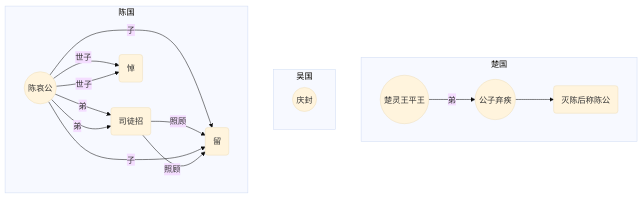
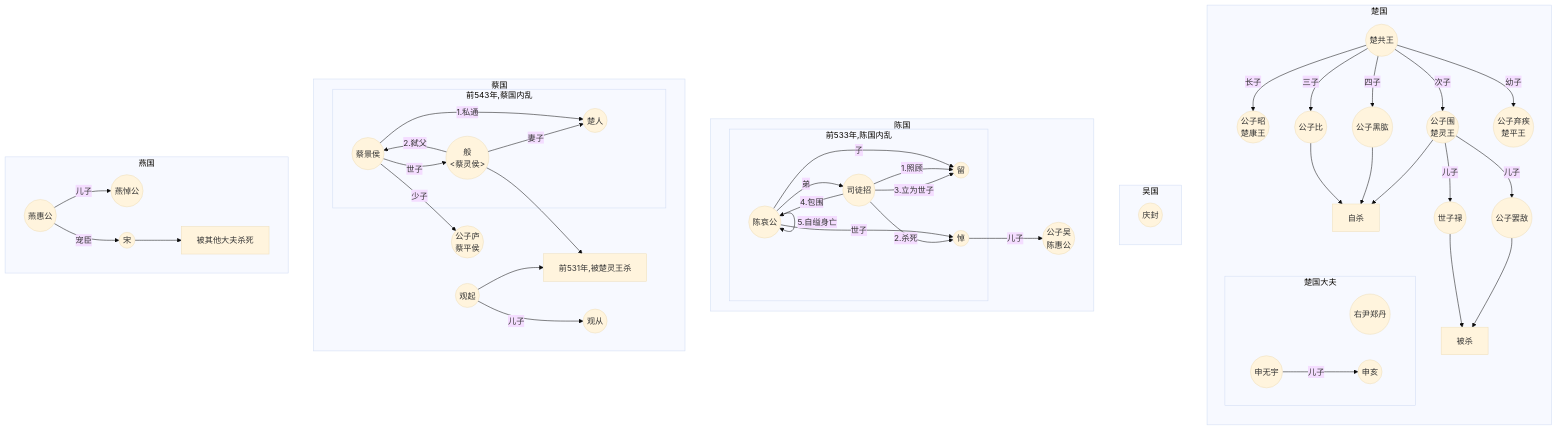
The second of 2 diagrams in 透过地理看历史（春秋篇）31.md (tsuyu2016/read), drawn with Mermaid (base theme) before and after one commit. The commit also changed other lines of this file and 1 other file, not shown here.

````diff
--- a/透过地理看历史（春秋篇）31.md
+++ b/透过地理看历史（春秋篇）31.md
@@ -54,26 +46,57 @@
 ```mermaid
 graph TB
   subgraph 楚国
-    CCLW((楚灵王平王)) --弟--> CQJ((公子弃疾)) --> CG(灭陈后称陈公)
+    direction TB
+    CCGW((楚共王)) --长子--> CGZZ((公子昭<br>楚康王))
+    CCGW((楚共王)) --次子--> CCLW((公子围<br>楚灵王))
+    CCGW((楚共王)) --三子--> CGZB((公子比)) --> 自杀
+    CCGW((楚共王)) --四子--> CGZHG((公子黑肱)) --> 自杀
+    CCGW((楚共王)) --幼子--> CGZQJ((公子弃疾<br>楚平王))
+
+    CCLW --儿子--> CSZL((世子禄)) --> 被杀
+    CCLW --儿子--> CGZBD((公子罢敌)) --> 被杀
+    CCLW --> 自杀
+
+    subgraph 楚国大夫
+      CYYZD((右尹郑丹))
+      CSWY((申无宇)) --儿子--> CSH((申亥))
+    end
+
   end
 
   subgraph 吴国
     WQF((庆封))
   end
 
   subgraph 陈国
-    CCAG((陈哀公)) --子--> CL(留)
-    CCAG --弟--> CSTZ(司徒招) --照顾--> CL
-    CCAG --世子--> CD(悼)
+    subgraph 陈国533[前533年,陈国内乱]
+      CCAG((陈哀公)) --子--> CL((留))
+      CCAG --弟--> CSTZ((司徒招)) --1.照顾--> CL
+      CCAG --世子--> CD((悼)) 
+      CSTZ --2.杀死--> CD
+      CSTZ --3.立为世子--> CL
+      CSTZ --4.包围--> CCAG
+      CCAG --5.自缢身亡--> CCAG
+    end
+    CD --儿子--> CGZW((公子吴<br>陈惠公))
   end
 
-  subgraph 陈国
-    CCAG((陈哀公)) --子--> CL(留)
-    CCAG --弟--> CSTZ(司徒招) --照顾--> CL
-    CCAG --世子--> CD(悼)
+  subgraph 蔡国
+    subgraph 蔡国543[前543年,蔡国内乱]
+      CCJH((蔡景侯)) --世子--> CCLH((般<br/><蔡灵侯>))--妻子--> CCQ((楚人))
+      CCJH --1.私通--> CCQ
+      CCLH --2.弑父--> CCJH
+    end
+    CCLH -->  前531年,被楚灵王杀
+    CGQ -->  前531年,被楚灵王杀
+    CCJH --少子--> CGZL((公子庐<br>蔡平侯))
+    CGQ((观起)) --儿子--> CGC((观从))
+
   end
-
-
-
   
+  subgraph 燕国
+    YYHG((燕惠公)) --儿子--> YYDG((燕悼公))
+    YS((宋)) --> 被其他大夫杀死
+    YYHG --宠臣--> YS
+  end
 ```
````
